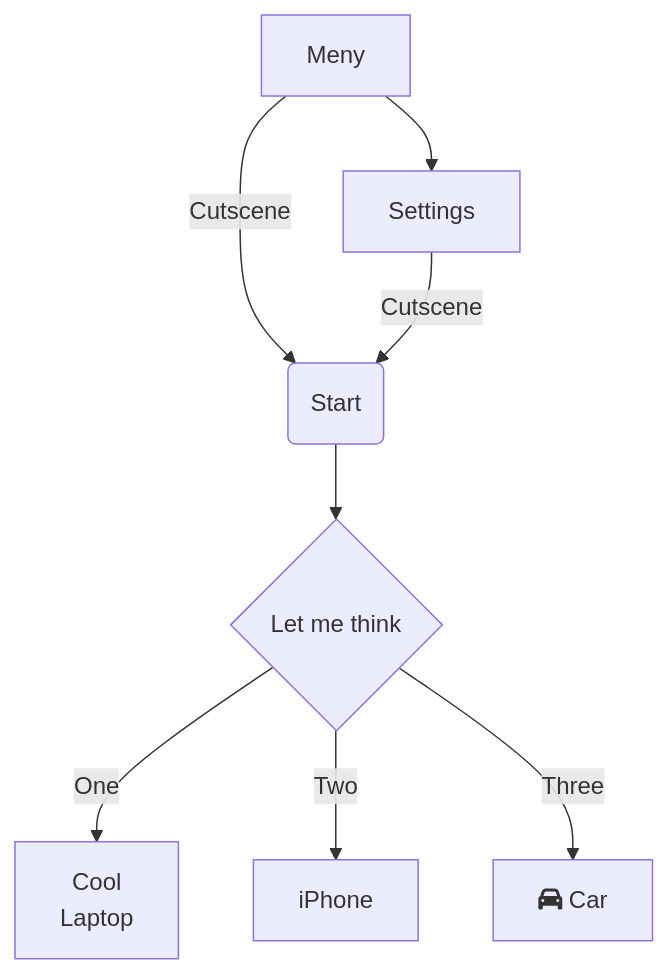
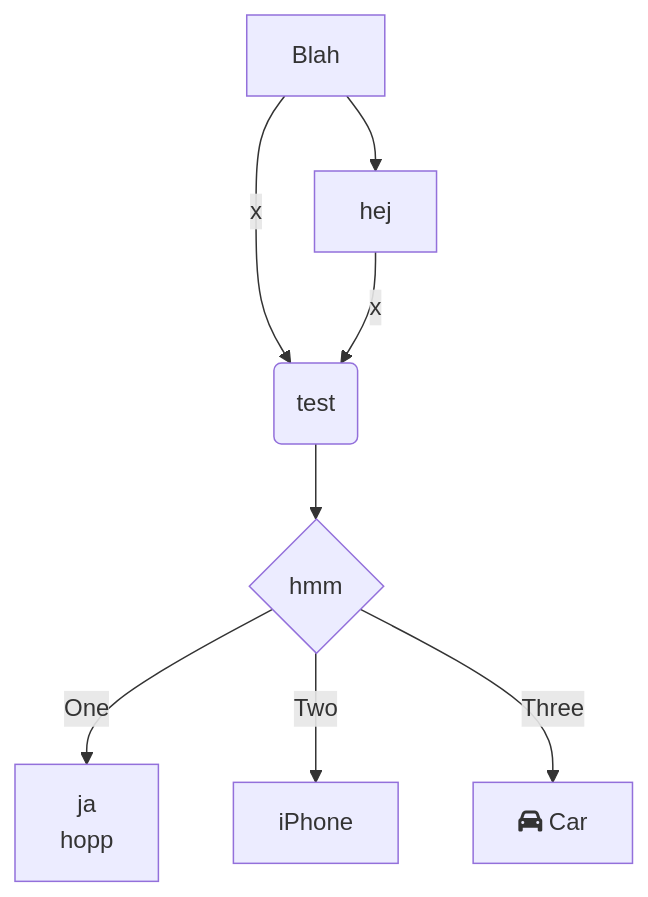
One commit to WilleGyr/Project-Intro-Ingenjorsarbete changed the diagram in Dokumentation/Planering.mmd. Above: the diagram before and after it, drawn with Mermaid.

```diff
--- a/Dokumentation/Planering.mmd
+++ b/Dokumentation/Planering.mmd
@@ -1,8 +1,8 @@
 graph TD
-    A[Meny] -->|Cutscene| B(Start)
-    A[Meny] --> Settings
-    Settings --> |Cutscene| B(Start)
-    B --> C{Let me think}
-    C -->|One| D["Cool <br> Laptop"]
+    A[Blah] -->|x| B(test)
+    A[Blah] --> hej
+    hej --> |x| B(test)
+    B --> C{hmm}
+    C -->|One| D["ja <br> hopp"]
     C -->|Two| E[iPhone]
     C -->|Three| F[fa:fa-car Car]
```
